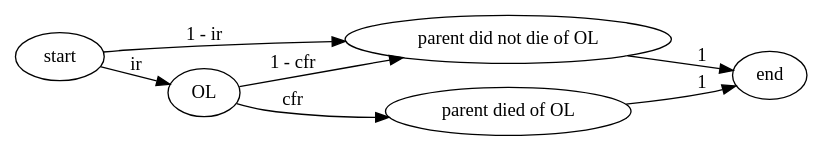
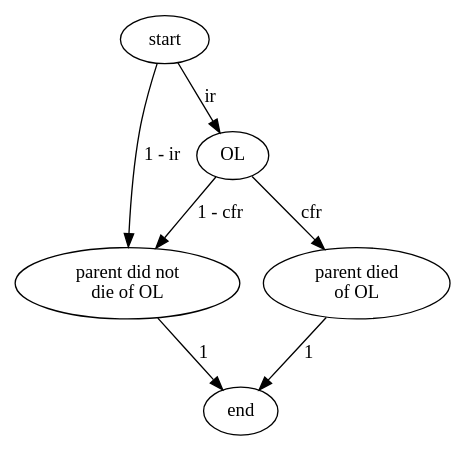
One commit to ihmeuw/vivarium_research changed the diagram in docs/source/models/causes/maternal_disorders/gbd_2021_mncnh/obstructed_labor.rst. Above: the diagram before and after it, drawn with Graphviz. The commit also changed 9 other files, not shown here.

First line of the commit message:
Make graphviz cause model diagrams more compact and vertical

```diff
--- a/docs/source/models/causes/maternal_disorders/gbd_2021_mncnh/obstructed_labor.rst
+++ b/docs/source/models/causes/maternal_disorders/gbd_2021_mncnh/obstructed_labor.rst
@@ -156,16 +156,15 @@
 .. graphviz::
 
     digraph OL_decisions {
-        rankdir = LR;
         start [label="start"]
         end [label="end"]
-        alive [label="parent did not die of OL"]
-        dead [label="parent died of OL"]
+        alive [label="parent did not\ndie of OL"]
+        dead [label="parent died\nof OL"]
 
         start -> alive  [label = "1 - ir"]
         start -> OL [label = "ir"]
         OL -> alive [label = "1 - cfr"]
         OL -> dead [label = "cfr"]
         alive -> end  [label = "1"]
         dead -> end  [label = "1"]
     }
```
